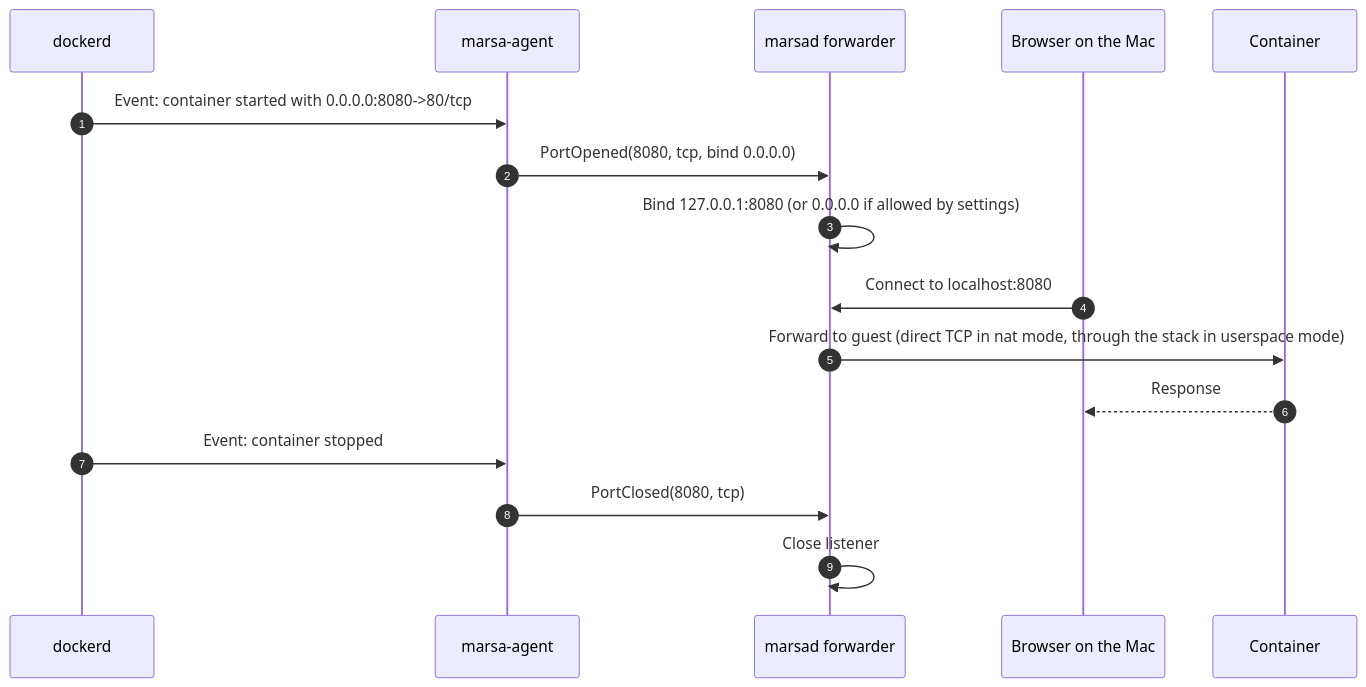
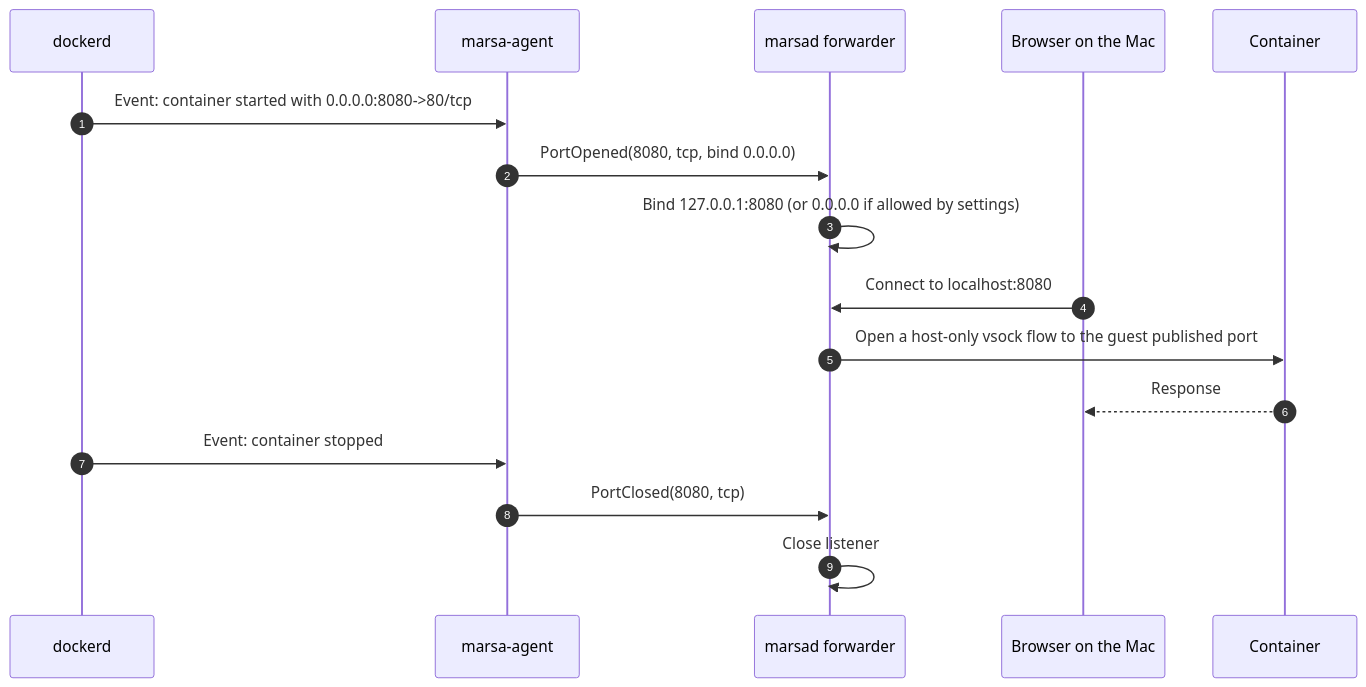
The second of 3 diagrams in docs/06-networking.md (nasraldin/marsa), drawn with Mermaid before and after one commit. The commit also changed other lines of this file and 24 other files, not shown here.

Commit message:
M4-09: forward published TCP and UDP ports with explicit LAN admission

````diff
--- a/docs/06-networking.md
+++ b/docs/06-networking.md
@@ -158,19 +158,19 @@
 ```mermaid
 sequenceDiagram
     autonumber
     participant E as dockerd
     participant A as marsa-agent
     participant D as marsad forwarder
     participant B as Browser on the Mac
     participant C as Container
 
     E->>A: Event: container started with 0.0.0.0:8080->80/tcp
     A->>D: PortOpened(8080, tcp, bind 0.0.0.0)
     D->>D: Bind 127.0.0.1:8080 (or 0.0.0.0 if allowed by settings)
     B->>D: Connect to localhost:8080
-    D->>C: Forward to guest (direct TCP in nat mode, through the stack in userspace mode)
+    D->>C: Open a host-only vsock flow to the guest published port
     C-->>B: Response
     E->>A: Event: container stopped
     A->>D: PortClosed(8080, tcp)
     D->>D: Close listener
 ```
````
